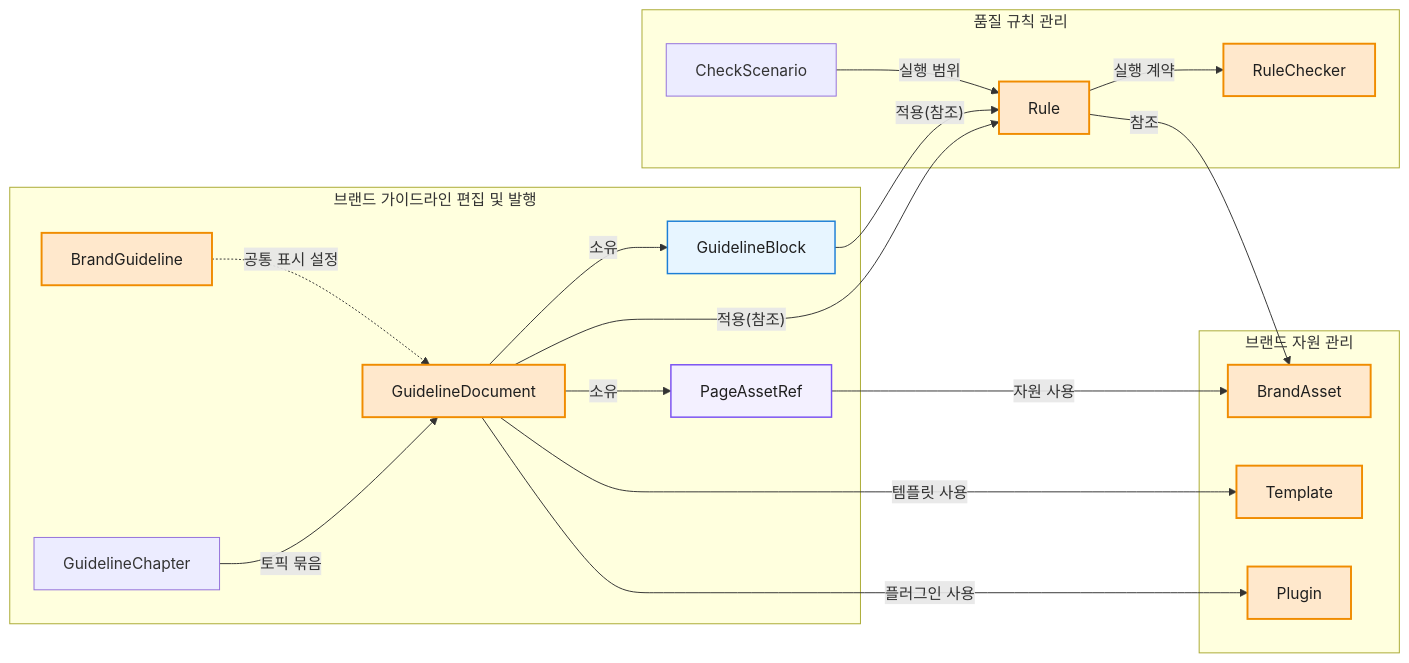
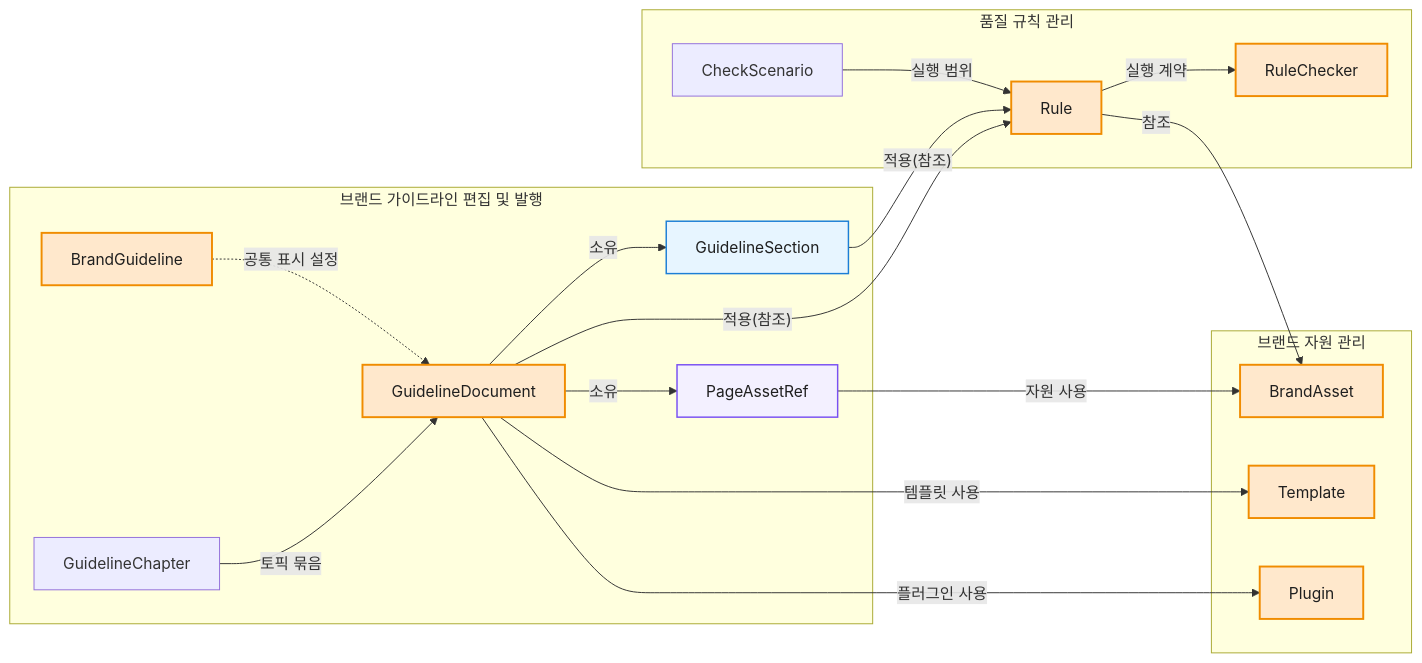
One commit to Living-Brand-System/living-brand-system changed the third of 5 diagrams in docs/04-domain-model.md. Above: the diagram before and after it, drawn with Mermaid. The commit also changed other lines of this file and 207 other files, not shown here.

````diff
--- a/docs/04-domain-model.md
+++ b/docs/04-domain-model.md
@@ -284,43 +284,43 @@
 ```mermaid
 flowchart LR
   subgraph Edit["브랜드 가이드라인 편집 및 발행"]
     BrandGuideline["BrandGuideline"]
     Chapter["GuidelineChapter"]
     Document["GuidelineDocument"]
-    Block["GuidelineBlock"]
+    Section["GuidelineSection"]
     PageAssetRefNode["PageAssetRef"]
   end
 
   subgraph QualityRule["품질 규칙 관리"]
     Rule["Rule"]
     RuleChecker["RuleChecker"]
     CheckScenario["CheckScenario"]
   end
 
   subgraph Resource["브랜드 자원 관리"]
     BrandAsset["BrandAsset"]
     Template["Template"]
     Plugin["Plugin"]
   end
 
   BrandGuideline -.->|"공통 표시 설정"| Document
   Chapter -->|"토픽 묶음"| Document
-  Document -->|"소유"| Block
+  Document -->|"소유"| Section
   Document -->|"적용(참조)"| Rule
-  Block -->|"적용(참조)"| Rule
+  Section -->|"적용(참조)"| Rule
   Rule -->|"실행 계약"| RuleChecker
   CheckScenario -->|"실행 범위"| Rule
   Document -->|"소유"| PageAssetRefNode
   PageAssetRefNode -->|"자원 사용"| BrandAsset
   Document -->|"템플릿 사용"| Template
   Document -->|"플러그인 사용"| Plugin
   Rule -->|"참조"| BrandAsset
 
   classDef aggregate fill:#FFE8CC,stroke:#F08C00,stroke-width:2px,color:#1F1F1F;
   classDef entity fill:#E7F5FF,stroke:#1C7ED6,stroke-width:1.5px,color:#1F1F1F;
   classDef childEntity fill:#F3F0FF,stroke:#7950F2,stroke-width:1.5px,color:#1F1F1F;
 
   class BrandGuideline,Document,Rule,RuleChecker,BrandAsset,Template,Plugin aggregate;
-  class Block entity;
+  class Section entity;
   class PageAssetRefNode childEntity;
 ```
````
